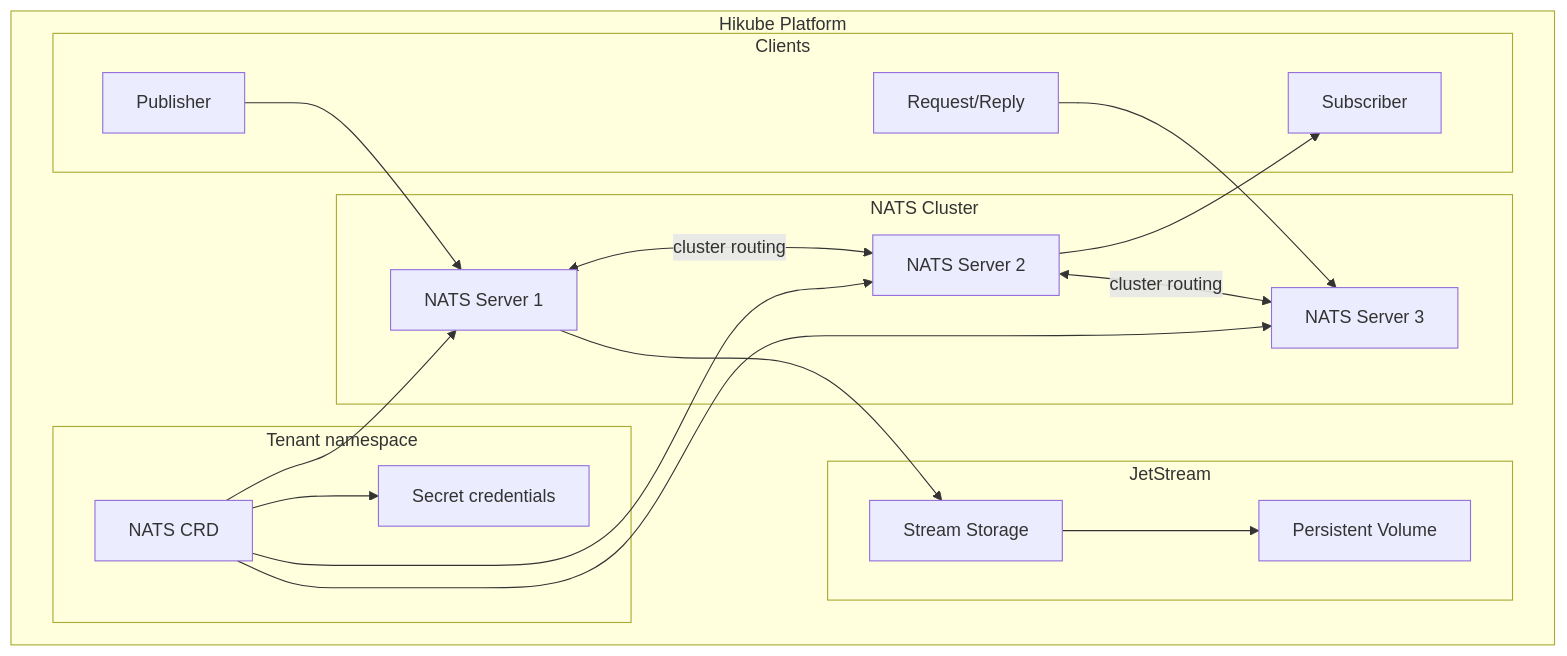
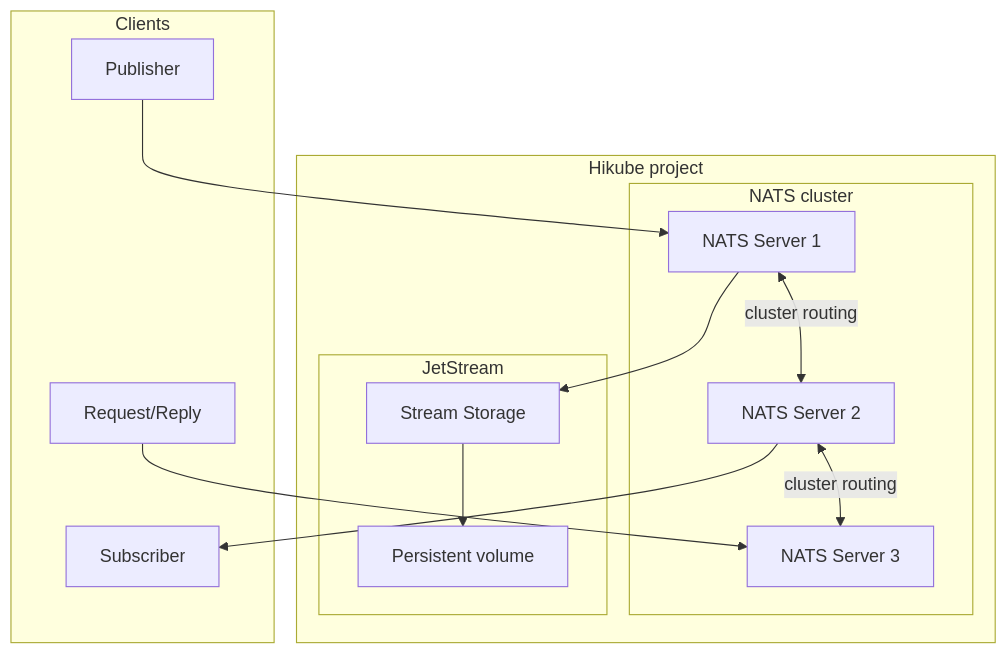
Before and after one commit to HidoraSwiss/hikube-public-doc: the first of 4 diagrams in i18n/en/docusaurus-plugin-content-docs/current/services/messaging/nats/concepts.md, drawn with Mermaid. The commit also changed other lines of this file and 148 other files, not shown here.

````diff
--- a/i18n/en/docusaurus-plugin-content-docs/current/services/messaging/nats/concepts.md
+++ b/i18n/en/docusaurus-plugin-content-docs/current/services/messaging/nats/concepts.md
@@ -12,38 +17,29 @@
 ```mermaid
 graph TB
-    subgraph "Hikube Platform"
-        subgraph "Tenant namespace"
-            CR[NATS CRD]
-            SEC[Secret credentials]
-        end
-
-        subgraph "NATS Cluster"
+    subgraph "Hikube project"
+        subgraph "NATS cluster"
             N1[NATS Server 1]
             N2[NATS Server 2]
             N3[NATS Server 3]
         end
 
         subgraph "JetStream"
             JS[Stream Storage]
-            PV[Persistent Volume]
-        end
-
-        subgraph "Clients"
-            PUB[Publisher]
-            SUB[Subscriber]
-            REQ[Request/Reply]
+            PV[Persistent volume]
         end
     end
 
-    CR --> N1
-    CR --> N2
-    CR --> N3
+    subgraph "Clients"
+        PUB[Publisher]
+        SUB[Subscriber]
+        REQ[Request/Reply]
+    end
+
     N1 <-->|cluster routing| N2
     N2 <-->|cluster routing| N3
     N1 --> JS
     JS --> PV
     PUB --> N1
     N2 --> SUB
     REQ --> N3
-    CR --> SEC
 ```
````
